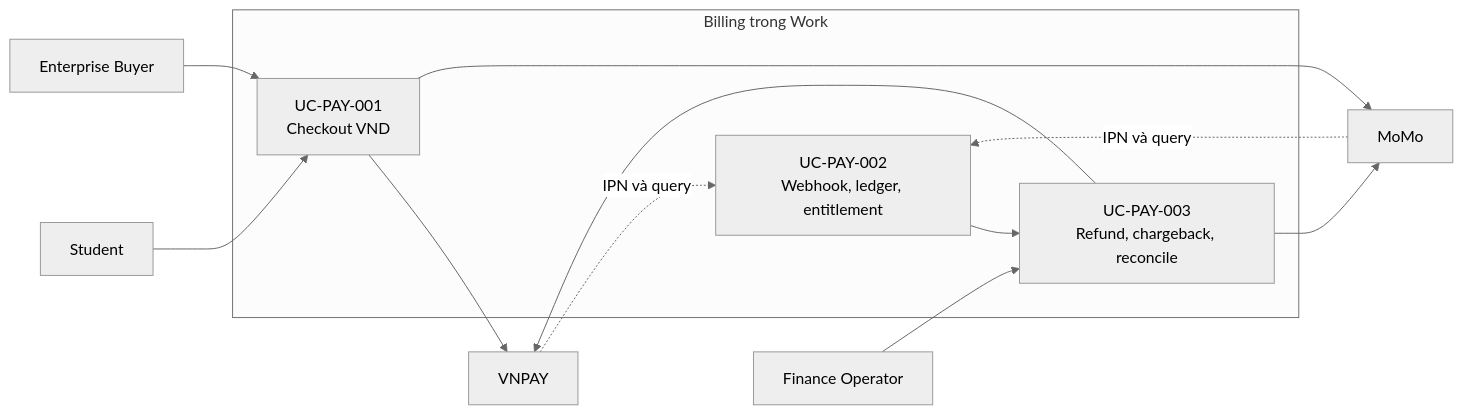
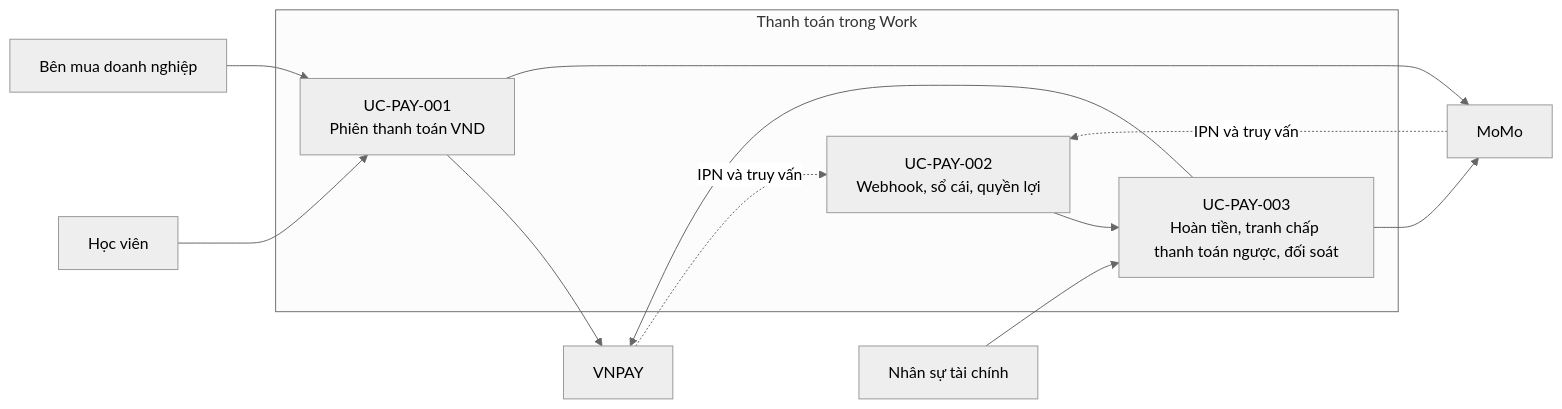
The fifth of 47 diagrams in docs/BD/02_BIEU_DO_HE_THONG.md (daovanhung-dev/Study2Work), drawn with Mermaid (neutral theme) before and after one commit. The commit also changed other lines of this file and 2295 other files, not shown here.

````diff
--- a/docs/BD/02_BIEU_DO_HE_THONG.md
+++ b/docs/BD/02_BIEU_DO_HE_THONG.md
@@ -241,25 +241,25 @@
 ```mermaid
 flowchart LR
-    Student[Student]
-    Buyer[Enterprise Buyer]
-    Finance[Finance Operator]
+    Student[Học viên]
+    Buyer[Bên mua doanh nghiệp]
+    Finance[Nhân sự tài chính]
     VNPAY[VNPAY]
     MoMo[MoMo]
 
-    subgraph PAY[Billing trong Work]
-        Checkout["UC-PAY-001<br/>Checkout VND"]
-        Settle["UC-PAY-002<br/>Webhook, ledger, entitlement"]
-        Reverse["UC-PAY-003<br/>Refund, chargeback, reconcile"]
+    subgraph PAY[Thanh toán trong Work]
+        Checkout["UC-PAY-001<br/>Phiên thanh toán VND"]
+        Settle["UC-PAY-002<br/>Webhook, sổ cái, quyền lợi"]
+        Reverse["UC-PAY-003<br/>Hoàn tiền, tranh chấp thanh toán ngược, đối soát"]
     end
 
     Student --> Checkout
     Buyer --> Checkout
     Checkout --> VNPAY
     Checkout --> MoMo
-    VNPAY -. IPN và query .-> Settle
-    MoMo -. IPN và query .-> Settle
+    VNPAY -. IPN và truy vấn .-> Settle
+    MoMo -. IPN và truy vấn .-> Settle
     Finance --> Reverse
     Reverse --> VNPAY
     Reverse --> MoMo
     Settle --> Reverse
 ```
````
